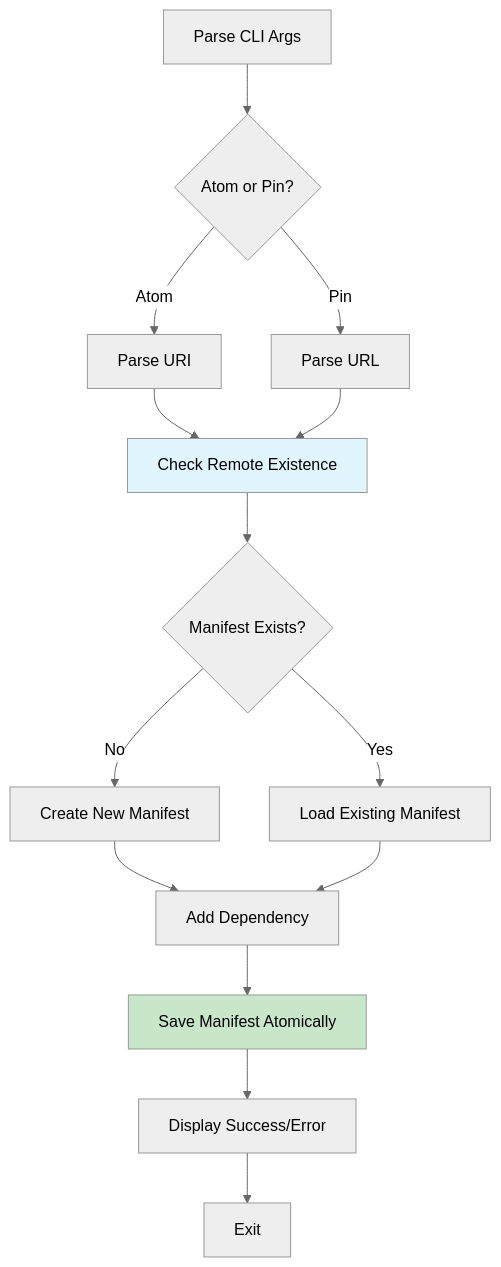
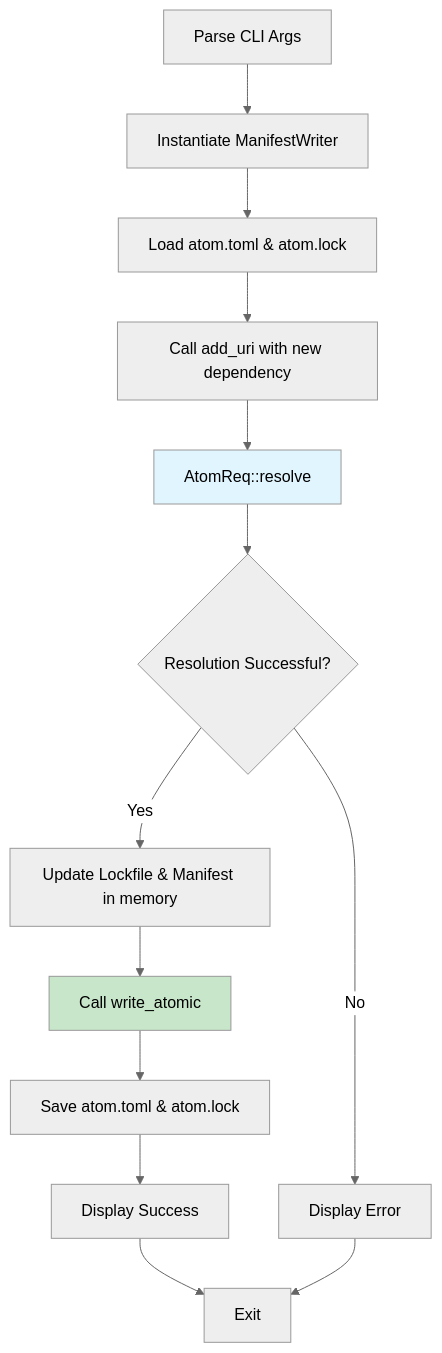
The diagram in adrs/0002-eka-add-command.md (ekala-project/eka), drawn with Mermaid (neutral theme) before and after one commit. The commit also changed other lines of this file and 3 other files, not shown here.

````diff
--- a/adrs/0002-eka-add-command.md
+++ b/adrs/0002-eka-add-command.md
@@ -254,19 +113,18 @@
 ```mermaid
 flowchart TD
-    A[Parse CLI Args] --> B{Atom or Pin?}
-    B -->|Atom| C[Parse URI]
-    B -->|Pin| D[Parse URL]
-    C --> E[Check Remote Existence]
-    D --> E
-    E --> F{Manifest Exists?}
-    F -->|No| G[Create New Manifest]
-    F -->|Yes| H[Load Existing Manifest]
-    G --> I[Add Dependency]
-    H --> I
-    I --> J[Save Manifest Atomically]
-    J --> K[Display Success/Error]
-    K --> L[Exit]
+    A[Parse CLI Args] --> B[Instantiate ManifestWriter]
+    B --> C[Load atom.toml & atom.lock]
+    C --> D[Call add_uri with new dependency]
+    D --> E[AtomReq::resolve]
+    E --> F{Resolution Successful?}
+    F -->|Yes| G[Update Lockfile & Manifest in memory]
+    G --> H[Call write_atomic]
+    H --> I[Save atom.toml & atom.lock]
+    I --> J[Display Success]
+    F -->|No| K[Display Error]
+    J --> L[Exit]
+    K --> L
 
     style E fill:#e1f5fe
-    style J fill:#c8e6c9
+    style H fill:#c8e6c9
 ```
````
